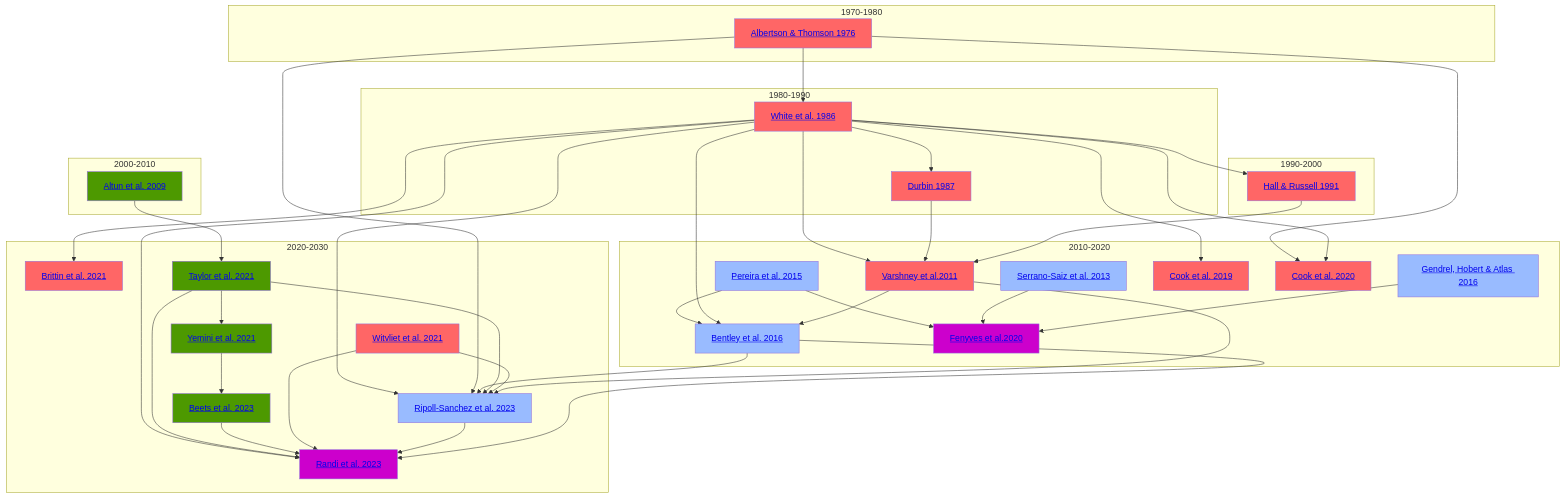
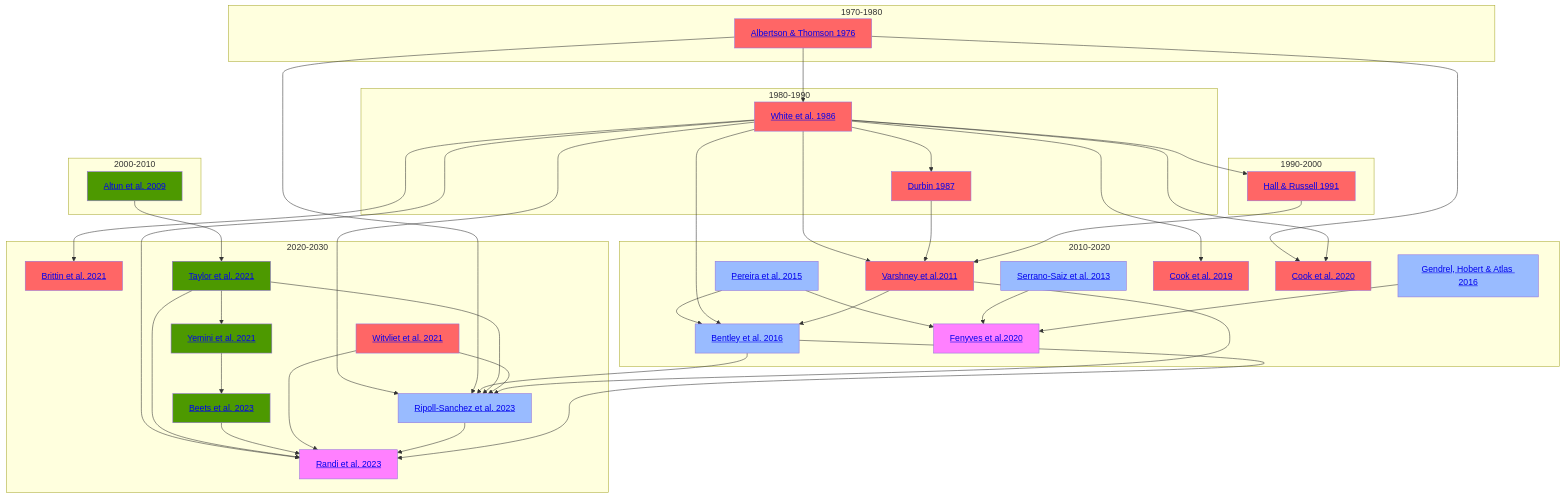
The diagram in Timeline.md (yasinthanvickneswaran/mermaidtest), drawn with Mermaid before and after one commit.

````diff
--- a/Timeline.md
+++ b/Timeline.md
@@ -1,67 +1,67 @@
 ```mermaid
 flowchart TD
     classDef anat fill:#ff6666
     classDef gene fill:#4d9900
     classDef es fill:#99bbff
-    classDef func fill:#cc00cc
+    classDef func fill:#ff80ff
 
 
     subgraph 1970-1980
     A1[<a href='https://github.com/yasinthanvickneswaran/ConnectomeToolbox/blob/main/docs/Albertson_Thompson_1976.md' >Albertson & Thomson 1976</a>]:::anat
     end
     subgraph 1980-1990
     A[<a href='https://github.com/yasinthanvickneswaran/ConnectomeToolbox/blob/main/docs/White_1986.md' >White et al. 1986</a>]:::anat & B[<a href='https://github.com/yasinthanvickneswaran/ConnectomeToolbox/blob/main/docs/Durbin_1987.md' >Durbin 1987</a>]:::anat
     end
 
     subgraph 1990-2000
     A2[<a href='https://github.com/yasinthanvickneswaran/ConnectomeToolbox/blob/main/docs/Hall_1991.md' >Hall & Russell 1991</a>]:::anat
     end
 
     subgraph 2000-2010
     C[<a href='https://github.com/yasinthanvickneswaran/ConnectomeToolbox/blob/main/docs/Altun_2009.md' >Altun et al. 2009</a>]:::gene 
     end
 
     subgraph 2010-2020
     D[<a href='https://github.com/yasinthanvickneswaran/ConnectomeToolbox/blob/main/docs/Varshney_2011.md' >Varshney et al.2011</a>]:::anat & E[<a href='https://github.com/yasinthanvickneswaran/ConnectomeToolbox/blob/main/docs/Pereira_2015.md' >Pereira et al. 2015</a>]:::es & E1[<a href='https://github.com/yasinthanvickneswaran/ConnectomeToolbox/blob/main/docs/Serrano_2013.md' >Serrano-Saiz et al. 2013</a>]:::es  & E2[<a href='https://github.com/yasinthanvickneswaran/ConnectomeToolbox/blob/main/docs/Gendrel_2016.md' >Gendrel, Hobert & Atlas 2016</a>]:::es & F[<a href='https://github.com/yasinthanvickneswaran/ConnectomeToolbox/blob/main/docs/Bentley_2016.md' >Bentley et al. 2016 </a>]:::es & G[<a href='https://github.com/yasinthanvickneswaran/ConnectomeToolbox/blob/main/docs/Cook_2019.md' >Cook et al. 2019</a>]:::anat & H[<a href='https://github.com/yasinthanvickneswaran/ConnectomeToolbox/blob/main/docs/Fenyves_2020.md' >Fenyves et al.2020</a>]:::func & I[<a href='https://github.com/yasinthanvickneswaran/ConnectomeToolbox/blob/main/docs/Cook_2020.md' >Cook et al. 2020</a>]:::anat
     end
 
     subgraph 2020-2030
     J[<a href='https://github.com/yasinthanvickneswaran/ConnectomeToolbox/blob/main/docs/Brittin_2021.md' >Brittin et al. 2021</a>]:::anat & K[<a href='https://github.com/yasinthanvickneswaran/ConnectomeToolbox/blob/main/docs/Witvliet_2021.md' >Witvliet et al. 2021</a>]:::anat & L[<a href='https://github.com/yasinthanvickneswaran/ConnectomeToolbox/blob/main/docs/Taylor_2021.md' >Taylor et al. 2021</a>]:::gene & M[<a href='https://github.com/yasinthanvickneswaran/ConnectomeToolbox/blob/main/docs/Yemini_2021.md' >Yemini et al. 2021</a>]:::gene & N[<a href='https://github.com/yasinthanvickneswaran/ConnectomeToolbox/blob/main/docs/Beets_2023.md' >Beets et al. 2023</a>]:::gene & P[<a href='https://github.com/yasinthanvickneswaran/ConnectomeToolbox/blob/main/docs/Randi_2023.md' >Randi et al. 2023</a>]:::func & NP[<a href='https://github.com/yasinthanvickneswaran/ConnectomeToolbox/blob/main/docs/Ripoll_2023.md' >Ripoll-Sanchez et al. 2023</a>]:::es
     end     
 
 
     E --> H
     E1 --> H
     E2 --> H
     E --> F
     C --> L
     L --> M
     M --> N
     A --> B
     A1 --> A
     A1 --> I
     A  --> A2
     A --> D
     B --> D
     A2 --> D
     A --> G
     A --> I
     A --> J
     A --> F
     D --> F
     A --> NP
     A1 --> NP
     F --> NP
     L --> NP
     K --> NP
     D --> NP
     A --> P
     L --> P
     N --> P
     K --> P
     NP --> P
     F --> P
 
     
     
 ```
````
